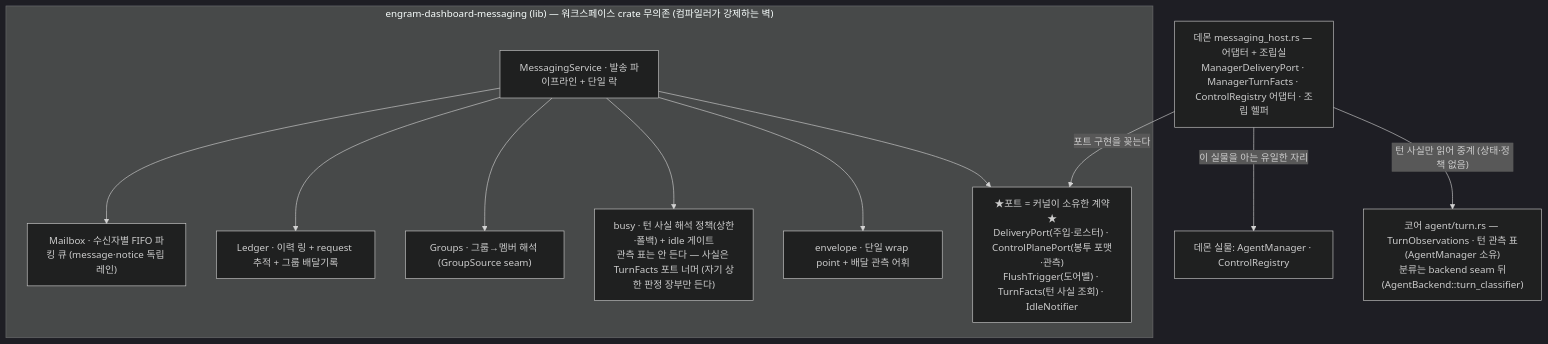
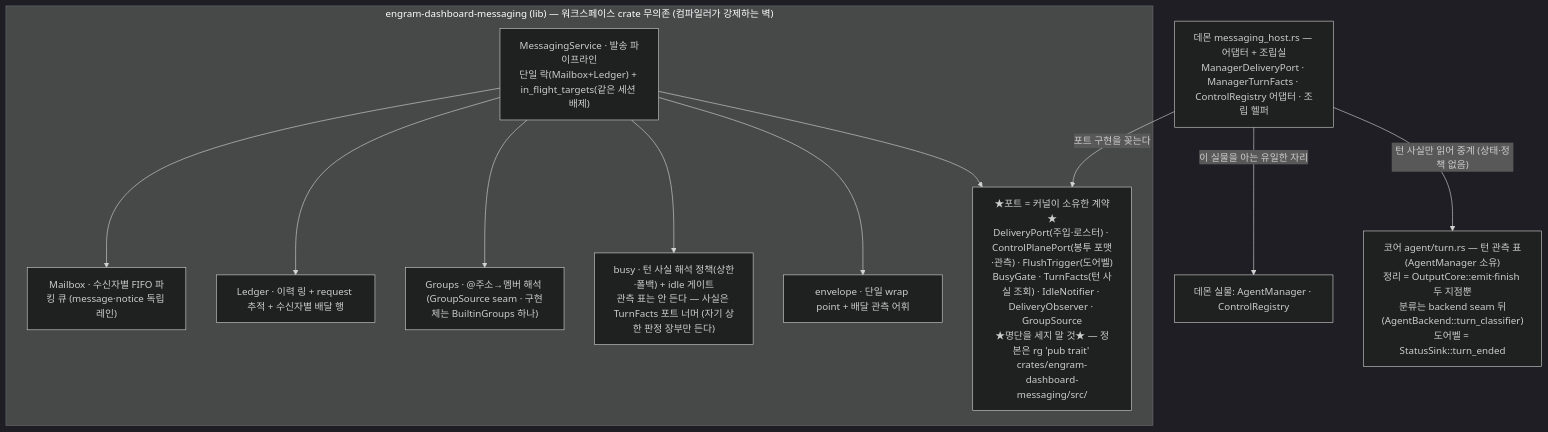
Before and after one commit to kimsunzun/engram-dashboard: the tenth of 20 diagrams in docs/reference/architecture-overview.md, drawn with Mermaid (dark theme). The commit also changed other lines of this file and 2 other files, not shown here.

````diff
--- a/docs/reference/architecture-overview.md
+++ b/docs/reference/architecture-overview.md
@@ -380,26 +429,26 @@
 ```mermaid
 flowchart TD
   subgraph K["engram-dashboard-messaging (lib) — 워크스페이스 crate 무의존 (컴파일러가 강제하는 벽)"]
-    SVC["MessagingService · 발송 파이프라인 + 단일 락"]
+    SVC["MessagingService · 발송 파이프라인<br/>단일 락(Mailbox+Ledger) + in_flight_targets(같은 세션 배제)"]
     MB["Mailbox · 수신자별 FIFO 파킹 큐 (message·notice 독립 레인)"]
-    LG["Ledger · 이력 링 + request 추적 + 그룹 배달기록"]
-    GR["Groups · 그룹→멤버 해석 (GroupSource seam)"]
+    LG["Ledger · 이력 링 + request 추적 + 수신자별 배달 행"]
+    GR["Groups · @주소→멤버 해석 (GroupSource seam · 구현체는 BuiltinGroups 하나)"]
     BZ["busy · 턴 사실 해석 정책(상한·폴백) + idle 게이트<br/>관측 표는 안 든다 — 사실은 TurnFacts 포트 너머 (자기 상한 판정 장부만 든다)"]
     EN["envelope · 단일 wrap point + 배달 관측 어휘"]
-    PORT["★포트 = 커널이 소유한 계약★<br/>DeliveryPort(주입·로스터) · ControlPlanePort(봉투 포맷·관측)<br/>FlushTrigger(도어벨) · TurnFacts(턴 사실 조회) · IdleNotifier"]
+    PORT["★포트 = 커널이 소유한 계약★<br/>DeliveryPort(주입·로스터) · ControlPlanePort(봉투 포맷·관측) · FlushTrigger(도어벨)<br/>BusyGate · TurnFacts(턴 사실 조회) · IdleNotifier · DeliveryObserver · GroupSource<br/>★명단을 세지 말 것★ — 정본은 rg 'pub trait' crates/engram-dashboard-messaging/src/"]
     SVC --> MB
     SVC --> LG
     SVC --> GR
     SVC --> BZ
     SVC --> EN
     SVC --> PORT
   end
 
   HOST["데몬 messaging_host.rs — 어댑터 + 조립실<br/>ManagerDeliveryPort · ManagerTurnFacts · ControlRegistry 어댑터 · 조립 헬퍼"]
   REAL["데몬 실물: AgentManager · ControlRegistry"]
-  CORE["코어 agent/turn.rs — TurnObservations · 턴 관측 표(AgentManager 소유)<br/>분류는 backend seam 뒤(AgentBackend::turn_classifier)"]
+  CORE["코어 agent/turn.rs — 턴 관측 표(AgentManager 소유)<br/>정리 = OutputCore::emit·finish 두 지점뿐<br/>분류는 backend seam 뒤(AgentBackend::turn_classifier)<br/>도어벨 = StatusSink::turn_ended"]
 
   HOST -->|"포트 구현을 꽂는다"| PORT
   HOST -->|"이 실물을 아는 유일한 자리"| REAL
   HOST -->|"턴 사실만 읽어 중계 (상태·정책 없음)"| CORE
 ```
````
